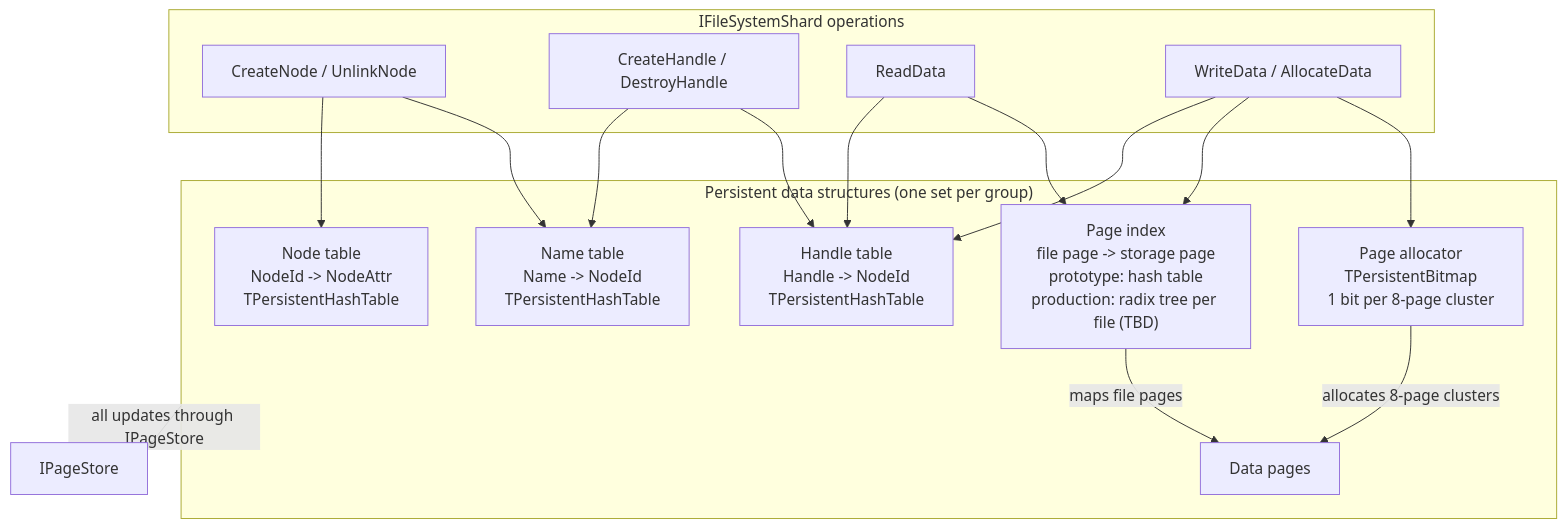
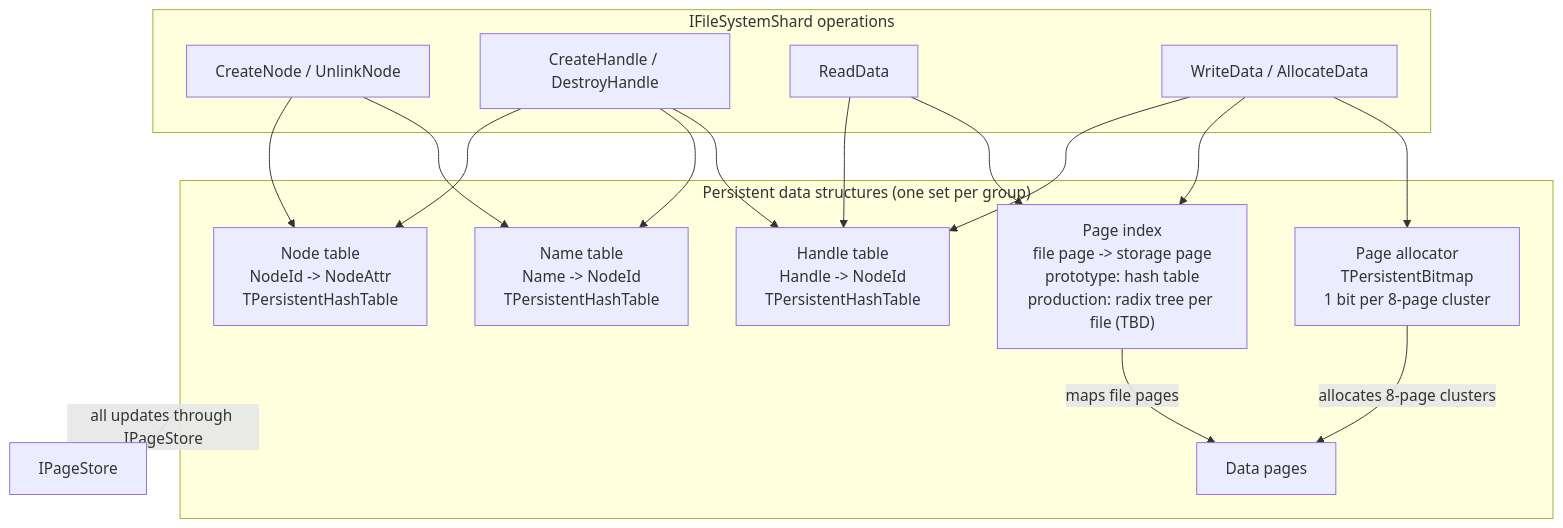
The diagram in doc/filestore/design/storage/fastshard/shard.md (ydb-platform/nbs), drawn with Mermaid before and after one commit.

Commit message:
issue-5894, issue-5895: fastshard design doc - more fixes

````diff
--- a/doc/filestore/design/storage/fastshard/shard.md
+++ b/doc/filestore/design/storage/fastshard/shard.md
@@ -86,32 +86,33 @@
 ```mermaid
 flowchart TD
     subgraph ops["IFileSystemShard operations"]
         CN["CreateNode / UnlinkNode"]
         CH["CreateHandle / DestroyHandle"]
         RD["ReadData"]
         WR["WriteData / AllocateData"]
     end
 
     subgraph structures["Persistent data structures (one set per group)"]
         NT["Node table<br/>NodeId -> NodeAttr<br/>TPersistentHashTable"]
         NAT["Name table<br/>Name -> NodeId<br/>TPersistentHashTable"]
         HT["Handle table<br/>Handle -> NodeId<br/>TPersistentHashTable"]
         PI["Page index<br/>file page -> storage page<br/>prototype: hash table<br/>production: radix tree per file (TBD)"]
         PA["Page allocator<br/>TPersistentBitmap<br/>1 bit per 8-page cluster"]
         DP["Data pages"]
     end
 
     CN --> NT
     CN --> NAT
+    CH --> NT
     CH --> NAT
     CH --> HT
     RD --> HT
     RD --> PI
     WR --> HT
     WR --> PI
     WR --> PA
     PI -->|"maps file pages"| DP
     PA -->|"allocates 8-page clusters"| DP
 
     structures -->|"all updates through IPageStore"| PS["IPageStore"]
 ```
````
